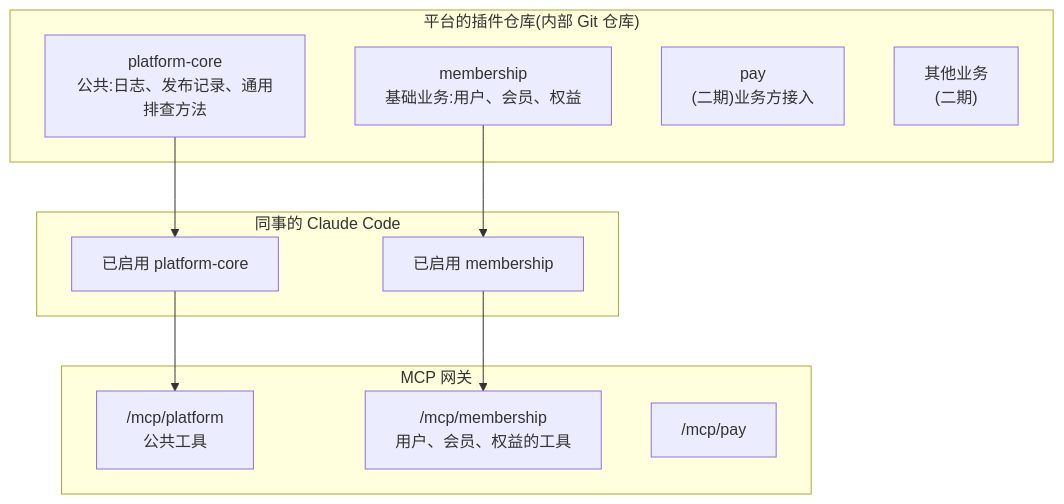
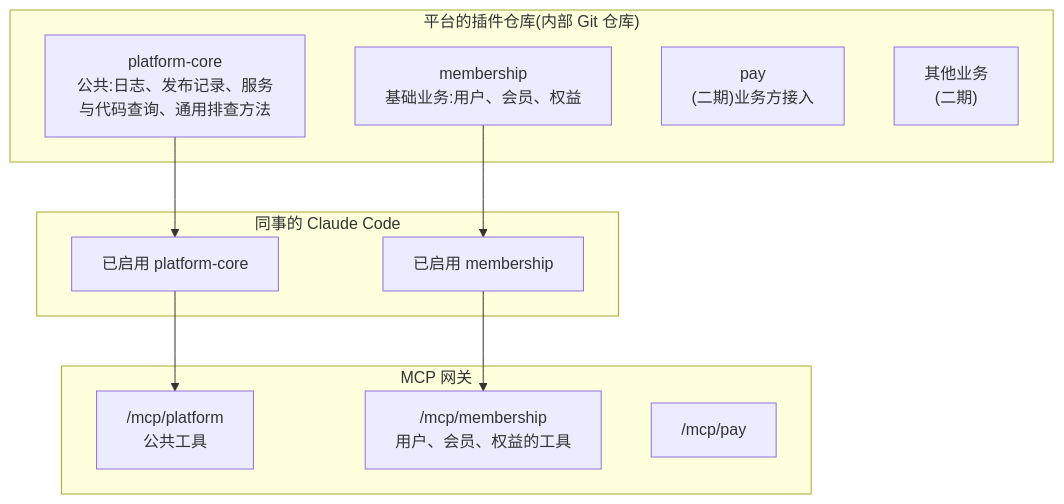
Before and after one commit to Sam-BIGUncle/AI_agent: the second of 8 diagrams in docs/claude-design/09-插件.md, drawn with Mermaid. The commit also changed other lines of this file and 29 other files, not shown here.

````diff
--- a/docs/claude-design/09-插件.md
+++ b/docs/claude-design/09-插件.md
@@ -125,22 +135,22 @@
 ```mermaid
 flowchart TB
   subgraph MKT["平台的插件仓库(内部 Git 仓库)"]
-    P0["platform-core<br/>公共:日志、发布记录、通用排查方法"]
+    P0["platform-core<br/>公共:日志、发布记录、服务与代码查询、通用排查方法"]
     P1["membership<br/>基础业务:用户、会员、权益"]
     P2["pay<br/>(二期)业务方接入"]
     P3["其他业务<br/>(二期)"]
   end
   subgraph LOCAL["同事的 Claude Code"]
     E0["已启用 platform-core"]
     E1["已启用 membership"]
   end
   subgraph GW["MCP 网关"]
     G0["/mcp/platform<br/>公共工具"]
     G1["/mcp/membership<br/>用户、会员、权益的工具"]
     G2["/mcp/pay"]
   end
   P0 --> E0
   P1 --> E1
   E0 --> G0
   E1 --> G1
 ```
````
